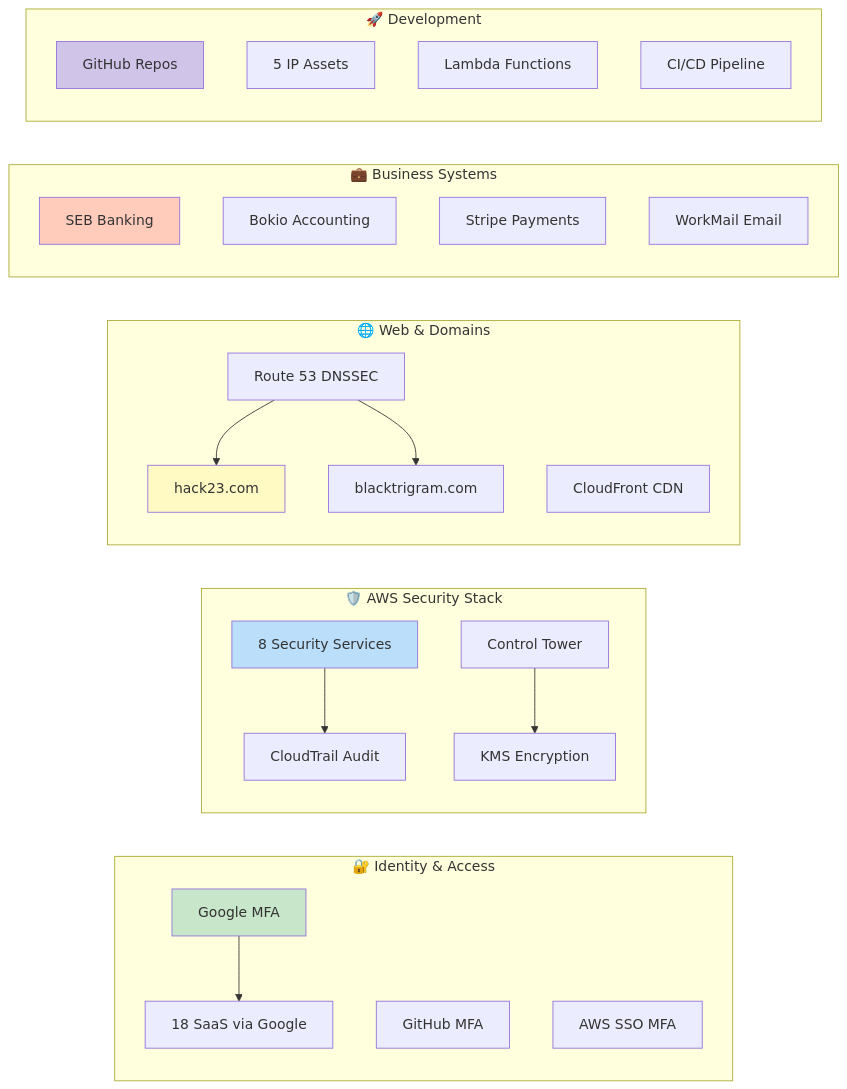
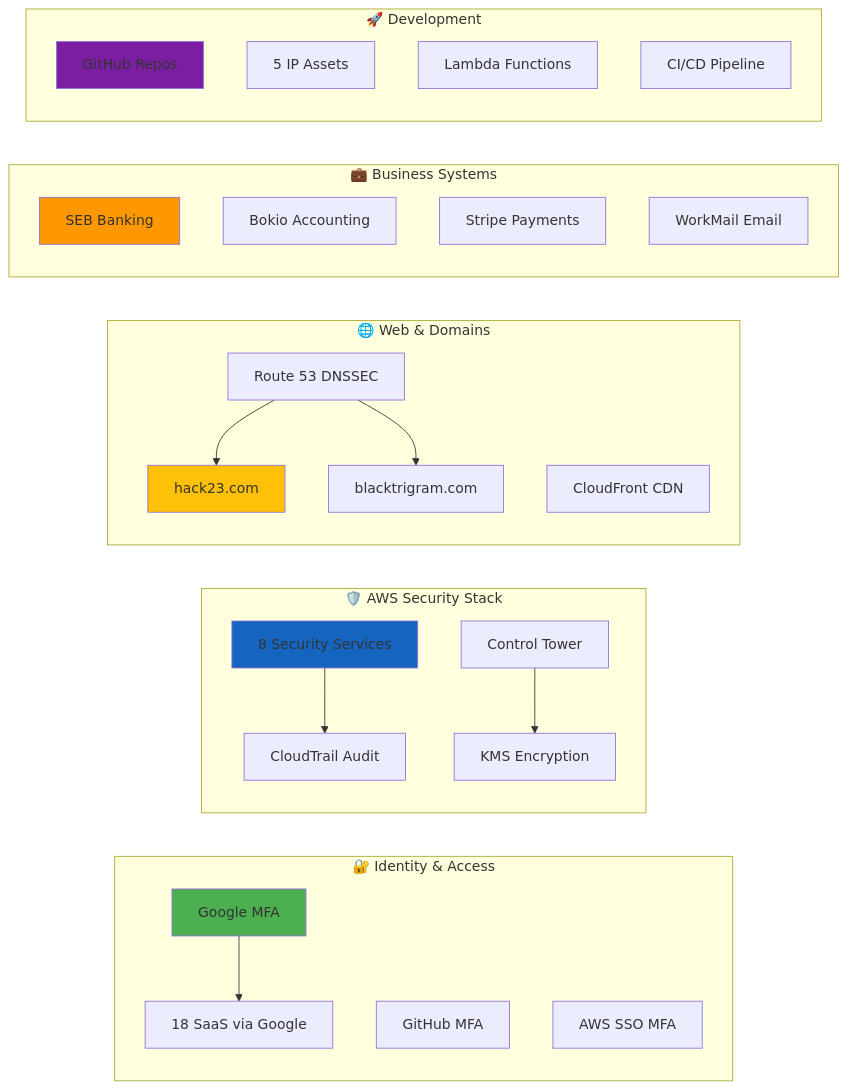
One commit to Hack23/ISMS-PUBLIC changed the eighth of 8 diagrams in Asset_Register.md. Above: the diagram before and after it, drawn with Mermaid. The commit also changed other lines of this file and 35 other files, not shown here.

````diff
--- a/Asset_Register.md
+++ b/Asset_Register.md
@@ -617,49 +652,49 @@
 ```mermaid
 graph LR
     subgraph "🔐 Identity & Access"
         ID1[Google MFA]
         ID2[GitHub MFA]
         ID3[AWS SSO MFA]
         ID4[18 SaaS via Google]
     end
     
     subgraph "🛡️ AWS Security Stack"
         SEC1[8 Security Services]
         SEC2[CloudTrail Audit]
         SEC3[Control Tower]
         SEC4[KMS Encryption]
     end
     
     subgraph "🌐 Web & Domains"
         WEB1[hack23.com]
         WEB2[blacktrigram.com]
         WEB3[Route 53 DNSSEC]
         WEB4[CloudFront CDN]
     end
     
     subgraph "💼 Business Systems"
         BUS1[SEB Banking]
         BUS2[Bokio Accounting]
         BUS3[Stripe Payments]
         BUS4[WorkMail Email]
     end
     
     subgraph "🚀 Development"
         DEV1[GitHub Repos]
         DEV2[5 IP Assets]
         DEV3[Lambda Functions]
         DEV4[CI/CD Pipeline]
     end
     
     ID1 --> ID4
     SEC1 --> SEC2
     SEC3 --> SEC4
     WEB3 --> WEB1
     WEB3 --> WEB2
     
-    style ID1 fill:#c8e6c9
-    style SEC1 fill:#bbdefb
-    style WEB1 fill:#fff9c4
-    style BUS1 fill:#ffccbc
-    style DEV1 fill:#d1c4e9
+    style ID1 fill:#4CAF50
+    style SEC1 fill:#1565C0
+    style WEB1 fill:#FFC107
+    style BUS1 fill:#FF9800
+    style DEV1 fill:#7B1FA2
 ```
````
